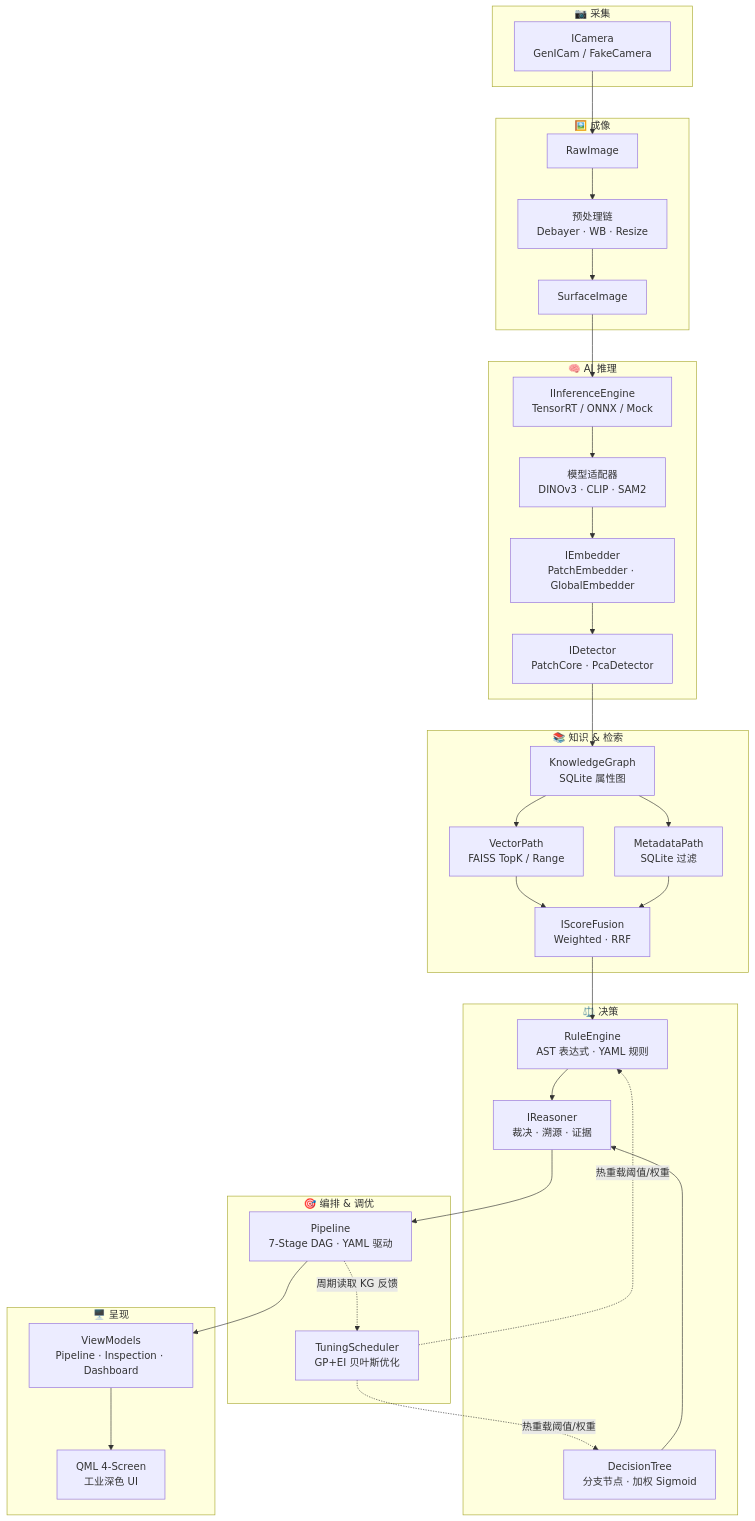
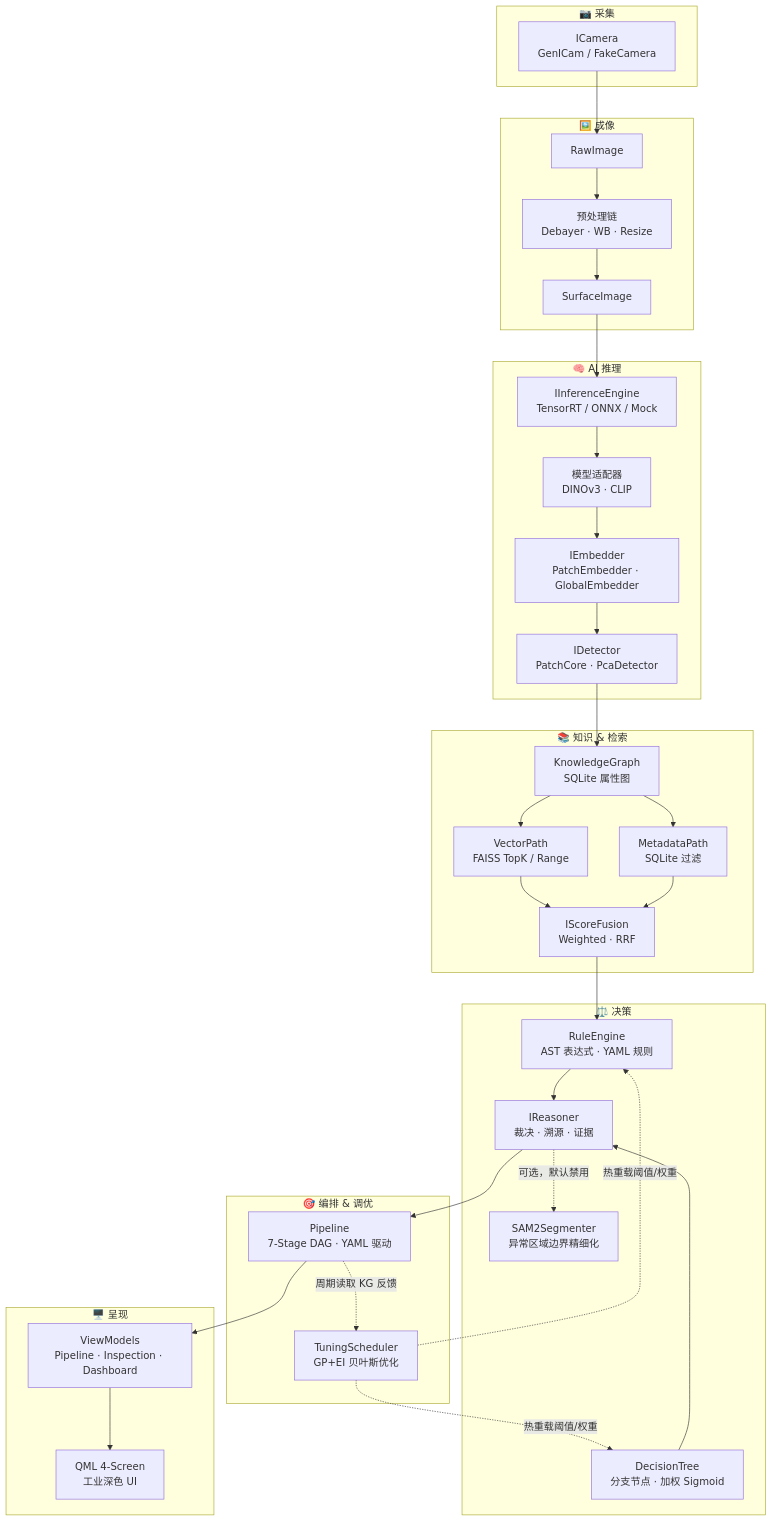
The diagram in README.md (celien99/surface-ai), drawn with Mermaid before and after one commit. The commit also changed other lines of this file, not shown here.

````diff
--- a/README.md
+++ b/README.md
@@ -25,56 +25,58 @@
 ```mermaid
 graph TB
     subgraph L1["📷 采集"]
         Camera["ICamera<br/>GenICam / FakeCamera"]
     end
 
     subgraph L2["🖼️ 成像"]
         Raw["RawImage"] --> Pipe["预处理链<br/>Debayer · WB · Resize"]
         Pipe --> Surf["SurfaceImage"]
     end
 
     subgraph L3["🧠 AI 推理"]
         Engine["IInferenceEngine<br/>TensorRT / ONNX / Mock"]
-        Adapt["模型适配器<br/>DINOv3 · CLIP · SAM2"]
+        Adapt["模型适配器<br/>DINOv3 · CLIP"]
         Emb["IEmbedder<br/>PatchEmbedder · GlobalEmbedder"]
         Det["IDetector<br/>PatchCore · PcaDetector"]
         Engine --> Adapt --> Emb --> Det
     end
 
     subgraph L4["📚 知识 & 检索"]
         KG["KnowledgeGraph<br/>SQLite 属性图"]
         VP["VectorPath<br/>FAISS TopK / Range"]
         MP["MetadataPath<br/>SQLite 过滤"]
         Fusion["IScoreFusion<br/>Weighted · RRF"]
         KG --> VP & MP --> Fusion
     end
 
     subgraph L5["⚖️ 决策"]
         Rule["RuleEngine<br/>AST 表达式 · YAML 规则"]
         Tree["DecisionTree<br/>分支节点 · 加权 Sigmoid"]
         Reason["IReasoner<br/>裁决 · 溯源 · 证据"]
+        SAM2["SAM2Segmenter<br/>异常区域边界精细化"]
         Rule --> Reason
         Tree --> Reason
+        Reason -.->|可选，默认禁用| SAM2
     end
 
     subgraph L6["🎯 编排 & 调优"]
         PL["Pipeline<br/>7-Stage DAG · YAML 驱动"]
         Tune["TuningScheduler<br/>GP+EI 贝叶斯优化"]
         PL -.->|周期读取 KG 反馈| Tune
         Tune -.->|热重载阈值/权重| Rule
         Tune -.->|热重载阈值/权重| Tree
     end
 
     subgraph L7["🖥️ 呈现"]
         VM["ViewModels<br/>Pipeline · Inspection · Dashboard"]
         UI["QML 4-Screen<br/>工业深色 UI"]
         VM --> UI
     end
 
     Camera --> Raw
     Surf --> Engine
     Det --> KG
     Fusion --> Rule
     Reason --> PL
     PL --> VM
 ```
````
